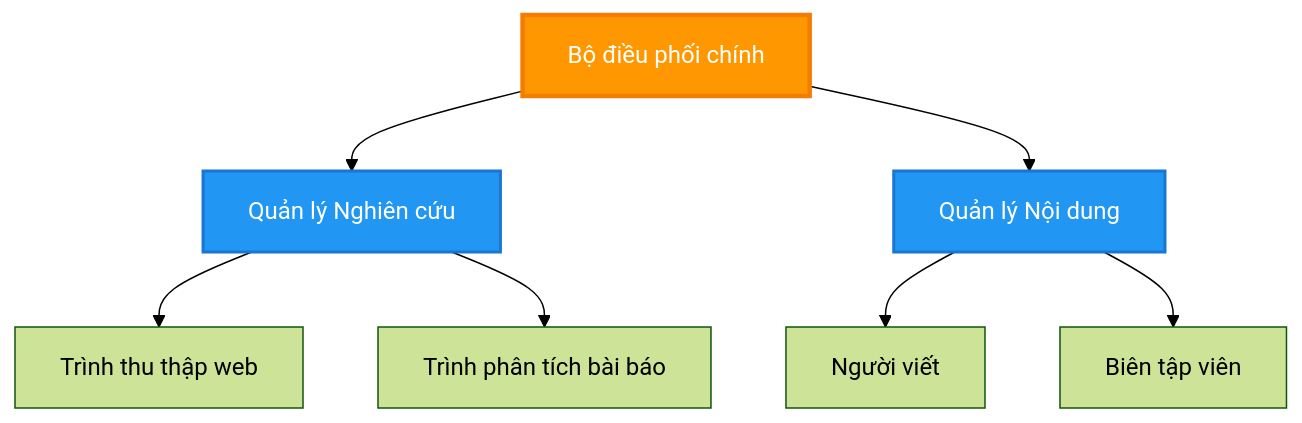
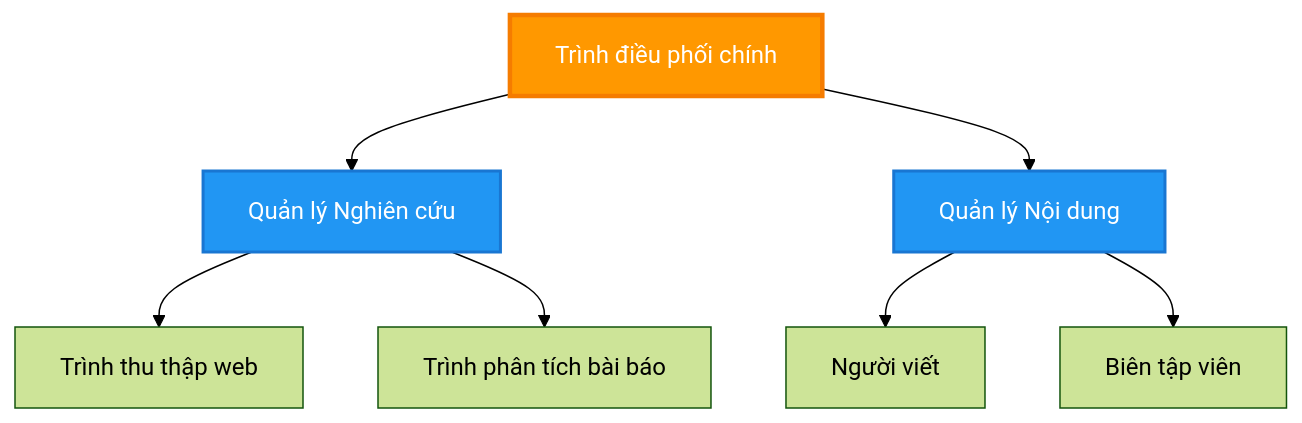
One commit to microsoft/AZD-for-beginners changed the third of 6 diagrams in translations/vi/docs/chapter-06-pre-deployment/coordination-patterns.md. Above: the diagram before and after it, drawn with Mermaid (forest theme). The commit also changed other lines of this file and 101 other files, not shown here.

````diff
--- a/translations/vi/docs/chapter-06-pre-deployment/coordination-patterns.md
+++ b/translations/vi/docs/chapter-06-pre-deployment/coordination-patterns.md
@@ -149,21 +143,21 @@
 ```mermaid
 graph TB
-    Master[Bộ điều phối chính]
+    Master[Trình điều phối chính]
     Manager1[Quản lý Nghiên cứu]
     Manager2[Quản lý Nội dung]
     W1[Trình thu thập web]
     W2[Trình phân tích bài báo]
     W3[Người viết]
     W4[Biên tập viên]
     
     Master --> Manager1
     Master --> Manager2
     Manager1 --> W1
     Manager1 --> W2
     Manager2 --> W3
     Manager2 --> W4
     
     style Master fill:#FF9800,stroke:#F57C00,stroke-width:3px,color:#fff
     style Manager1 fill:#2196F3,stroke:#1976D2,stroke-width:2px,color:#fff
     style Manager2 fill:#2196F3,stroke:#1976D2,stroke-width:2px,color:#fff
 ```
````
